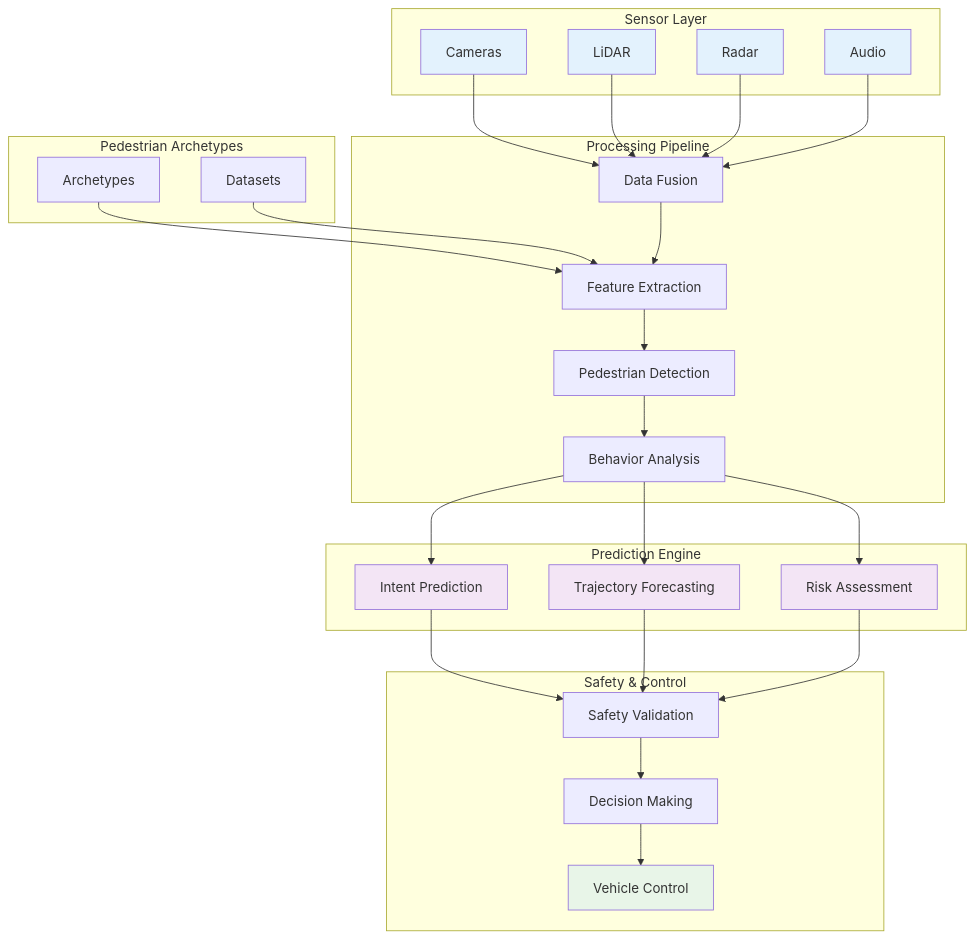
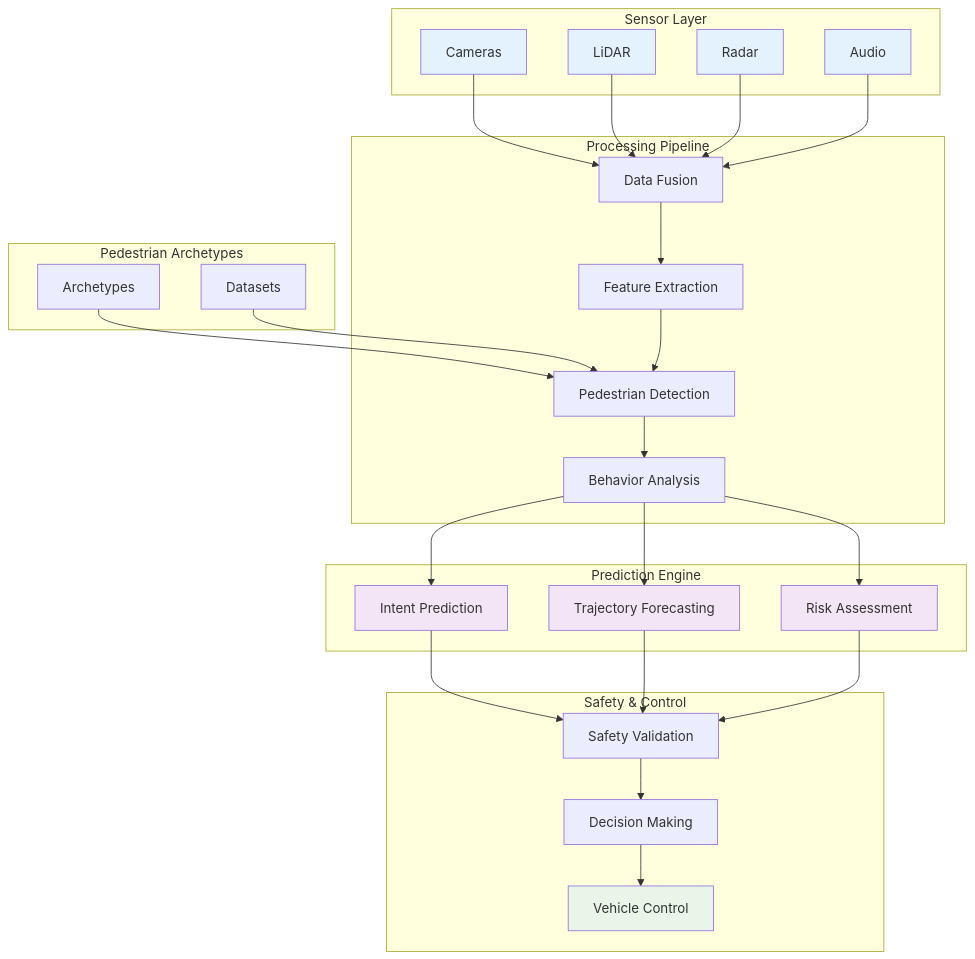
Before and after one commit to ju-baer/PedSim4AV: the fifth of 8 diagrams in docs/gaps_analysis.md, drawn with Mermaid. The commit also changed other lines of this file, not shown here.

````diff
--- a/docs/gaps_analysis.md
+++ b/docs/gaps_analysis.md
@@ -1098,49 +1110,49 @@
 ```mermaid
 flowchart TD
     subgraph "Sensor Layer"
         A1[ Cameras]
         A2[ LiDAR] 
         A3[ Radar]
         A4[ Audio]
     end
 
     subgraph "Pedestrian Archetypes"
           P1[ Archetypes]
           P2[ Datasets]
      end
 
     subgraph "Processing Pipeline"
         B1[ Data Fusion]
         B2[ Feature Extraction]
         B3[ Pedestrian Detection]
         B4[ Behavior Analysis]
     end
     
     subgraph "Prediction Engine"
         C1[ Intent Prediction]
         C2[ Trajectory Forecasting]
         C3[ Risk Assessment]
     end
     
     subgraph "Safety & Control"
         D1[ Safety Validation]
         D2[ Decision Making]
         D3[ Vehicle Control]
     end
     
     A1 & A2 & A3 & A4 --> B1
-    P1 & P2 --> B2
+    P1 & P2 --> B3
     B1 --> B2 --> B3 --> B4
     B4 --> C1 & C2 & C3
     C1 & C2 & C3 --> D1
     D1 --> D2 --> D3
     
     style A1 fill:#e3f2fd
     style A2 fill:#e3f2fd
     style A3 fill:#e3f2fd
     style A4 fill:#e3f2fd
     style C1 fill:#f3e5f5
     style C2 fill:#f3e5f5
     style C3 fill:#f3e5f5
     style D3 fill:#e8f5e8
 ```
````
